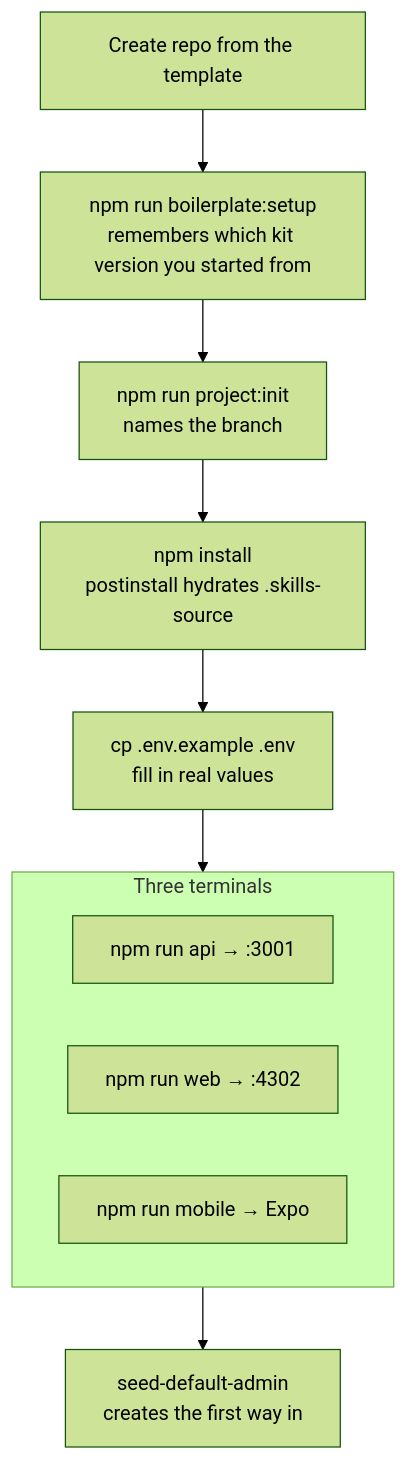
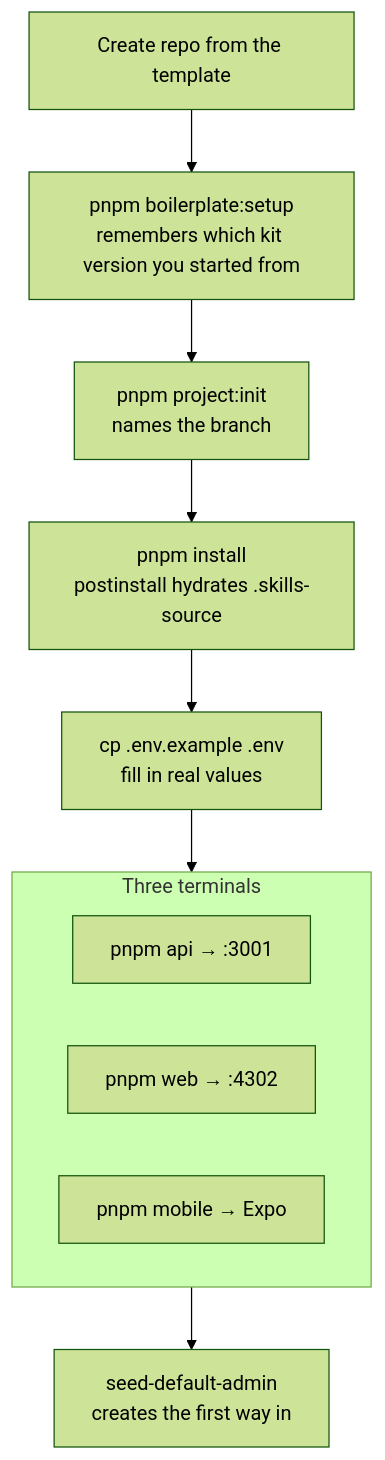
The second of 14 diagrams in docs/how-app-boilerplate-works.md (jade-kenneth/ai-media-creator), drawn with Mermaid (forest theme) before and after one commit. The commit also changed other lines of this file and 52 other files, not shown here.

````diff
--- a/docs/how-app-boilerplate-works.md
+++ b/docs/how-app-boilerplate-works.md
@@ -93,17 +93,17 @@
 ```mermaid
 flowchart TD
   T["Create repo from the template"]
-  T --> S1["npm run boilerplate:setup<br/>remembers which kit version you started from"]
-  S1 --> S2["npm run project:init<br/>names the branch"]
-  S2 --> S3["npm install<br/>postinstall hydrates .skills-source"]
+  T --> S1["pnpm boilerplate:setup<br/>remembers which kit version you started from"]
+  S1 --> S2["pnpm project:init<br/>names the branch"]
+  S2 --> S3["pnpm install<br/>postinstall hydrates .skills-source"]
   S3 --> S4["cp .env.example .env<br/>fill in real values"]
   S4 --> RUN
 
   subgraph RUN["Three terminals"]
-    R1["npm run api → :3001"]
-    R2["npm run web → :4302"]
-    R3["npm run mobile → Expo"]
+    R1["pnpm api → :3001"]
+    R2["pnpm web → :4302"]
+    R3["pnpm mobile → Expo"]
   end
 
   RUN --> SEED["seed-default-admin<br/>creates the first way in"]
 ```
````
